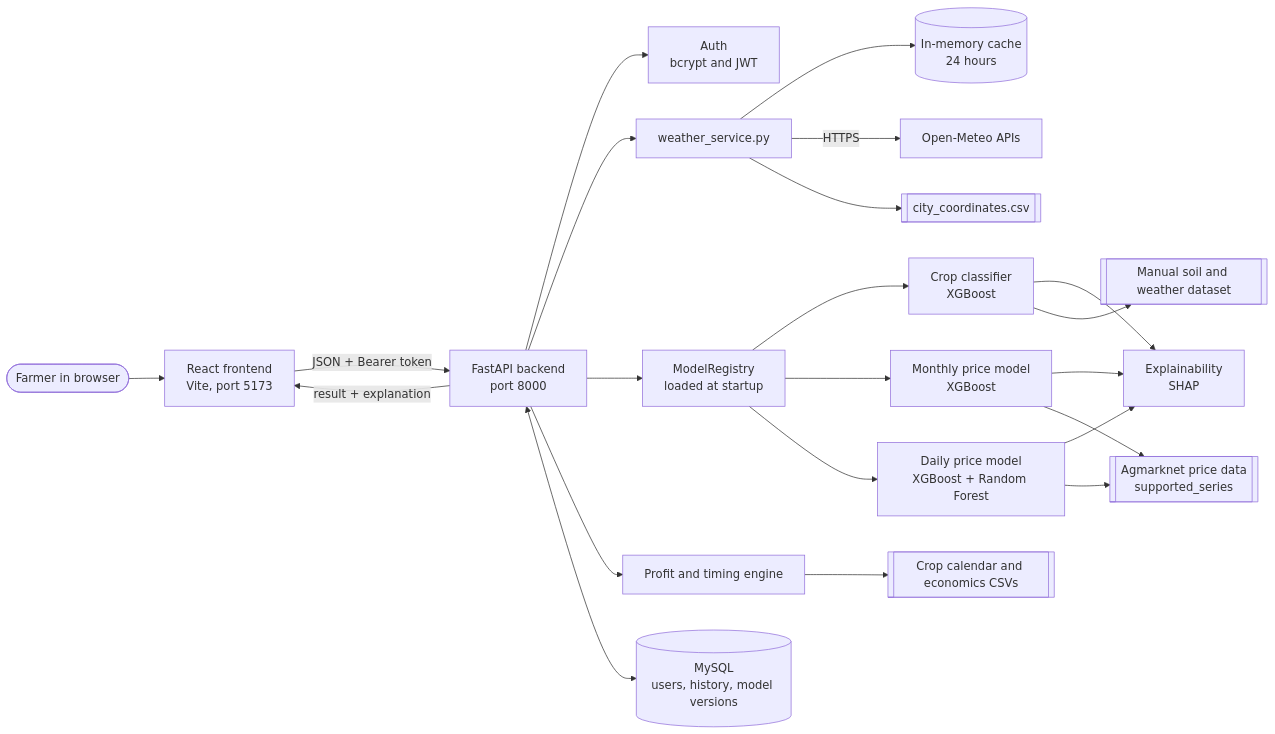
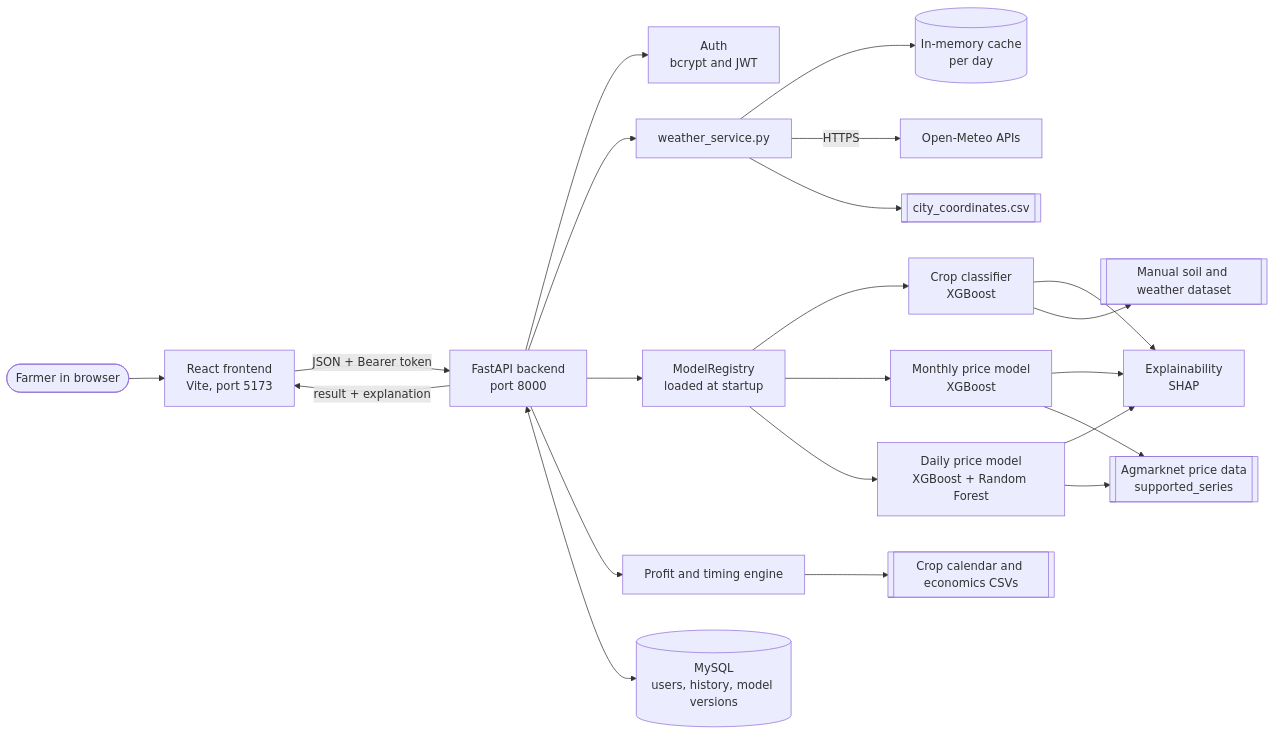
The first of 14 diagrams in SmartCrop-AI/README.md (vaishnavipawar26/Major_Project), drawn with Mermaid before and after one commit. The commit also changed other lines of this file and 47 other files, not shown here.

````diff
--- a/SmartCrop-AI/README.md
+++ b/SmartCrop-AI/README.md
@@ -400,24 +446,24 @@
 ```mermaid
 flowchart LR
     U(["Farmer in browser"]) --> FE["React frontend<br/>Vite, port 5173"]
     FE -->|"JSON + Bearer token"| API["FastAPI backend<br/>port 8000"]
     API --> AUTH["Auth<br/>bcrypt and JWT"]
     API --> WX["weather_service.py"]
-    WX --> CACHE[("In-memory cache<br/>24 hours")]
+    WX --> CACHE[("In-memory cache<br/>per day")]
     WX -->|"HTTPS"| OM["Open-Meteo APIs"]
     WX --> COORD[["city_coordinates.csv"]]
     API --> REG["ModelRegistry<br/>loaded at startup"]
     REG --> CLS["Crop classifier<br/>XGBoost"]
     REG --> MON["Monthly price model<br/>XGBoost"]
     REG --> DAY["Daily price model<br/>XGBoost + Random Forest"]
     CLS --> EXP["Explainability<br/>SHAP"]
     MON --> EXP
     DAY --> EXP
     API --> PROFIT["Profit and timing engine"]
     PROFIT --> TAB[["Crop calendar and economics CSVs"]]
     MON --> AG[["Agmarknet price data<br/>supported_series"]]
     DAY --> AG
     CLS --> MAN[["Manual soil and weather dataset"]]
     API <--> DB[("MySQL<br/>users, history, model versions")]
     API -->|"result + explanation"| FE
 ```
````
